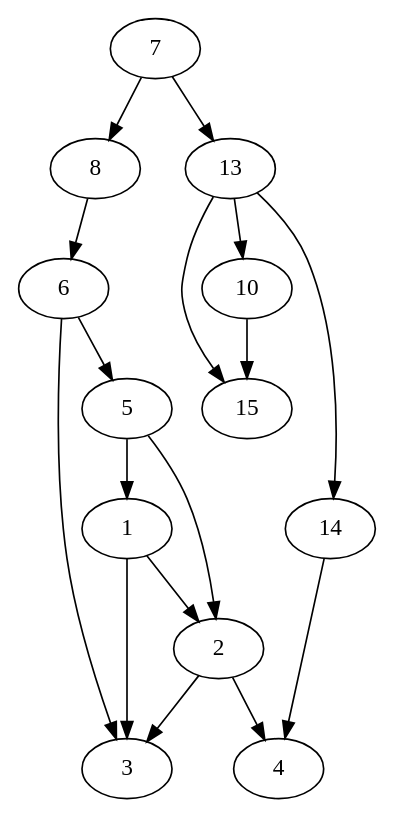
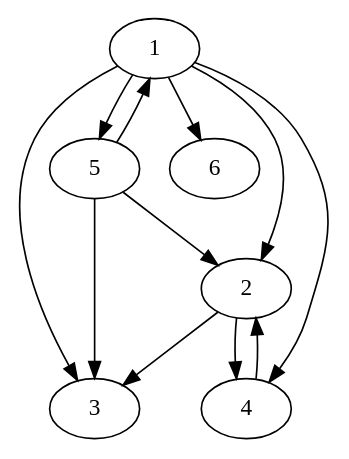
One commit to hoanghailongvn/HUST_OOP changed the diagram in out/production/untitled/output/dot/all.dot. Above: the diagram before and after it, drawn with Graphviz. The commit also changed 11 other files, not shown here.

```diff
--- a/out/production/untitled/output/dot/all.dot
+++ b/out/production/untitled/output/dot/all.dot
@@ -1,18 +1,13 @@
 strict digraph myGraph {
 1 -> 2
 1 -> 3
+1 -> 6
+1 -> 5
+1 -> 4
 2 -> 3
 2 -> 4
+4 -> 2
+5 -> 3
+5 -> 2
 5 -> 1
-5 -> 2
-6 -> 3
-6 -> 5
-7 -> 8
-13 -> 14
-8 -> 6
-7 -> 13
-14 -> 4
-13 -> 15
-13 -> 10
-10 -> 15
 }
```
